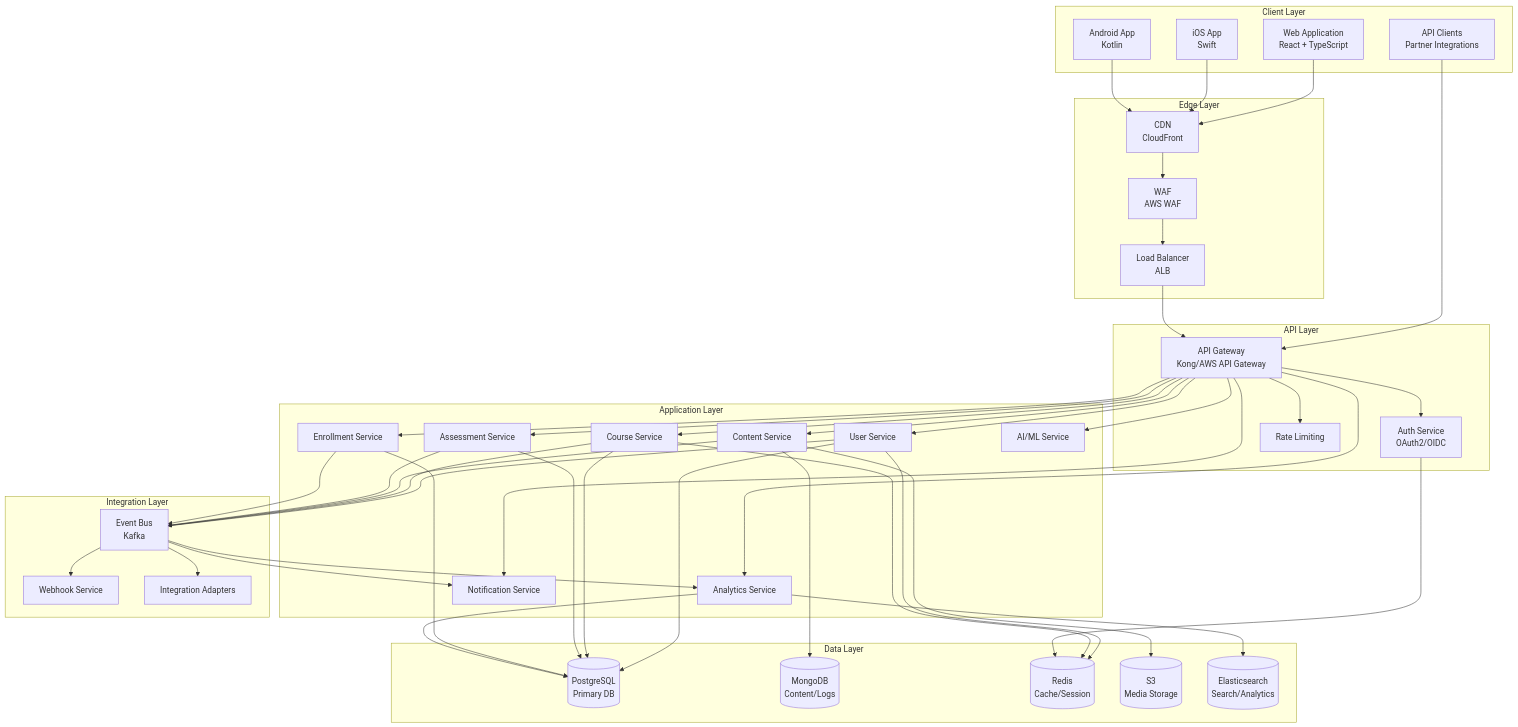
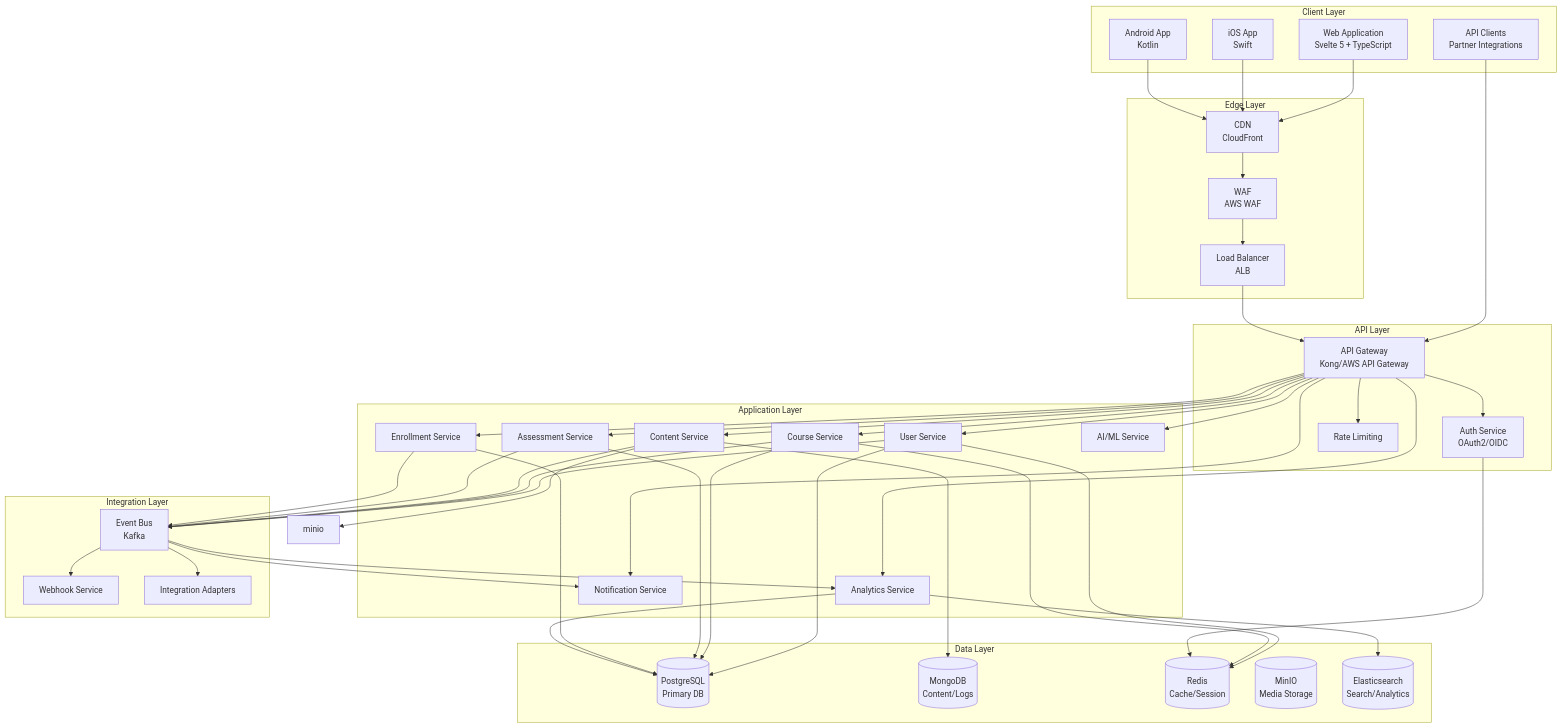
Before and after one commit to MuhibNayem/SkillForge: the third of 28 diagrams in docs/ARCHITECTURE.md, drawn with Mermaid. The commit also changed other lines of this file and 108 other files, not shown here.

Commit message:
feat: Implement initial microservices architecture for SkillForge, including Go services, Svelte client, and foundational infrastructure.

````diff
--- a/docs/ARCHITECTURE.md
+++ b/docs/ARCHITECTURE.md
@@ -170,7 +170,7 @@
 ```mermaid
 flowchart TB
     subgraph "Client Layer"
-        web[Web Application<br/>React + TypeScript]
+        web[Web Application<br/>Svelte 5 + TypeScript]
         ios[iOS App<br/>Swift]
         android[Android App<br/>Kotlin]
         api_clients[API Clients<br/>Partner Integrations]
@@ -209,7 +209,7 @@
         postgres[(PostgreSQL<br/>Primary DB)]
         mongo[(MongoDB<br/>Content/Logs)]
         redis[(Redis<br/>Cache/Session)]
-        s3[(S3<br/>Media Storage)]
+        s3[(MinIO<br/>Media Storage)]
         elastic[(Elasticsearch<br/>Search/Analytics)]
     end
     
@@ -247,7 +247,7 @@
     user_svc --> postgres
     course_svc --> postgres
     content_svc --> mongo
-    content_svc --> s3
+    content_svc --> minio
     assessment_svc --> postgres
     enroll_svc --> postgres
     analytics_svc --> elastic
````
